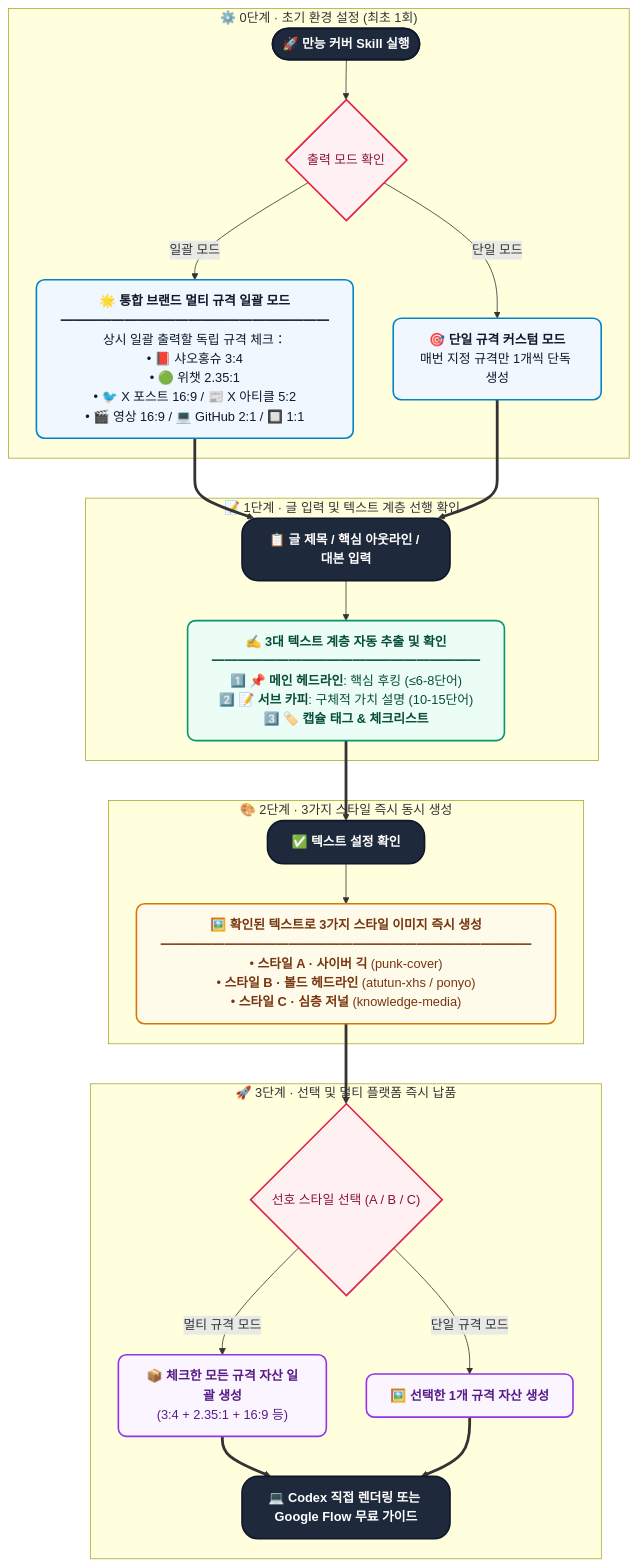
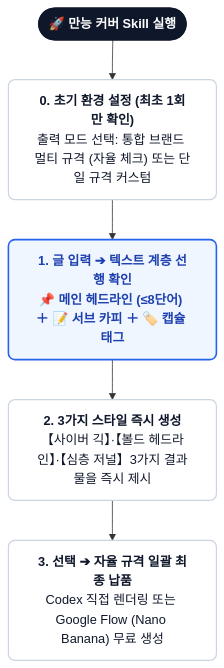
Before and after one commit to kaomei/cover-studio: the first of 2 diagrams in README.ko.md, drawn with Mermaid. The commit also changed 7 other files, not shown here.

Commit message:
refactor(docs): streamline interaction workflow diagram into a clean, minimalist 4-step linear pipeline with zero visual noise

````diff
--- a/README.ko.md
+++ b/README.ko.md
@@ -39,48 +39,13 @@
 ```mermaid
 flowchart TD
-    classDef setupBox fill:#f0f7ff,stroke:#0284c7,stroke-width:2px,color:#0f172a,rx:10px,ry:10px;
-    classDef textBox fill:#ecfdf5,stroke:#059669,stroke-width:2px,color:#064e3b,rx:10px,ry:10px;
-    classDef genBox fill:#fffbeb,stroke:#d97706,stroke-width:2px,color:#78350f,rx:10px,ry:10px;
-    classDef deliverBox fill:#faf5ff,stroke:#9333ea,stroke-width:2px,color:#581c87,rx:10px,ry:10px;
-    classDef decision fill:#fff1f2,stroke:#e11d48,stroke-width:2px,color:#881337,rx:6px,ry:6px;
-    classDef action fill:#1e293b,stroke:#0f172a,stroke-width:2px,color:#ffffff,font-weight:bold,rx:20px,ry:20px;
+    classDef default fill:#ffffff,stroke:#e2e8f0,stroke-width:1.5px,color:#1e293b,rx:8px,ry:8px;
+    classDef startNode fill:#0f172a,stroke:#0f172a,stroke-width:2px,color:#ffffff,font-weight:bold,rx:20px,ry:20px;
+    classDef stepNode fill:#ffffff,stroke:#cbd5e1,stroke-width:1.5px,color:#0f172a,rx:8px,ry:8px;
+    classDef highlightNode fill:#eff6ff,stroke:#2563eb,stroke-width:2px,color:#1e40af,font-weight:bold,rx:8px,ry:8px;
 
-    subgraph S0 ["⚙️ 0단계 · 초기 환경 설정 (최초 1회)"]
-        A0(["🚀 만능 커버 Skill 실행"]):::action
-        A1{"출력 모드 확인"}:::decision
-        A2["🌟 <b>통합 브랜드 멀티 규격 일괄 모드</b><br/>━━━━━━━━━━━━━━━━━━━━━<br/>상시 일괄 출력할 독립 규격 체크：<br/>• 📕 샤오홍슈 3:4<br/>• 🟢 위챗 2.35:1<br/>• 🐦 X 포스트 16:9 / 📰 X 아티클 5:2<br/>• 🎬 영상 16:9 / 💻 GitHub 2:1 / 🔲 1:1"]:::setupBox
-        A3["🎯 <b>단일 규격 커스텀 모드</b><br/>매번 지정 규격만 1개씩 단독 생성"]:::setupBox
-        A0 --> A1
-        A1 -->|"일괄 모드"| A2
-        A1 -->|"단일 모드"| A3
-    end
-
-    subgraph S1 ["📝 1단계 · 글 입력 및 텍스트 계층 선행 확인"]
-        B0["📋 글 제목 / 핵심 아웃라인 / 대본 입력"]:::action
-        B1["✍️ <b>3대 텍스트 계층 자동 추출 및 확인</b><br/>━━━━━━━━━━━━━━━━━━━━━<br/>1️⃣ 📌 <b>메인 헤드라인</b>: 핵심 후킹 (≤6-8단어)<br/>2️⃣ 📝 <b>서브 카피</b>: 구체적 가치 설명 (10-15단어)<br/>3️⃣ 🏷️ <b>캡슐 태그 & 체크리스트</b>"]:::textBox
-        B0 --> B1
-    end
-
-    subgraph S2 ["🎨 2단계 · 3가지 스타일 즉시 동시 생성"]
-        C0["✅ 텍스트 설정 확인"]:::action
-        C1["🖼️ <b>확인된 텍스트로 3가지 스타일 이미지 즉시 생성</b><br/>━━━━━━━━━━━━━━━━━━━━━━━━━━━━━<br/>• <b>스타일 A · 사이버 긱</b> (punk-cover)<br/>• <b>스타일 B · 볼드 헤드라인</b> (atutun-xhs / ponyo)<br/>• <b>스타일 C · 심층 저널</b> (knowledge-media)"]:::genBox
-        C0 --> C1
-    end
-
-    subgraph S3 ["🚀 3단계 · 선택 및 멀티 플랫폼 즉시 납품"]
-        D0{"선호 스타일 선택 (A / B / C)"}:::decision
-        D1["📦 <b>체크한 모든 규격 자산 일괄 생성</b><br/>(3:4 + 2.35:1 + 16:9 등)"]:::deliverBox
-        D2["🖼️ <b>선택한 1개 규격 자산 생성</b>"]:::deliverBox
-        D3["💻 <b>Codex 직접 렌더링 또는 Google Flow 무료 가이드</b>"]:::action
-
-        D0 -->|"멀티 규격 모드"| D1
-        D0 -->|"단일 규격 모드"| D2
-        D1 ==> D3
-        D2 ==> D3
-    end
-
-    A2 ==> B0
-    A3 ==> B0
-    B1 ==> C0
-    C1 ==> D0
+    A0(["🚀 만능 커버 Skill 실행"]):::startNode
+    --> A1["<b>0. 초기 환경 설정 (최초 1회만 확인)</b><br/>출력 모드 선택: 통합 브랜드 멀티 규격 (자율 체크) 또는 단일 규격 커스텀"]:::stepNode
+    --> A2["<b>1. 글 입력 ➔ 텍스트 계층 선행 확인</b><br/>📌 메인 헤드라인 (≤8단어) ＋ 📝 서브 카피 ＋ 🏷️ 캡슐 태그"]:::highlightNode
+    --> A3["<b>2. 3가지 스타일 즉시 생성</b><br/>【사이버 긱】·【볼드 헤드라인】·【심층 저널】3가지 결과물을 즉시 제시"]:::stepNode
+    --> A4["<b>3. 선택 ➔ 자율 규격 일괄 최종 납품</b><br/>Codex 직접 렌더링 또는 Google Flow (Nano Banana) 무료 생성"]:::stepNode
 ```
````
